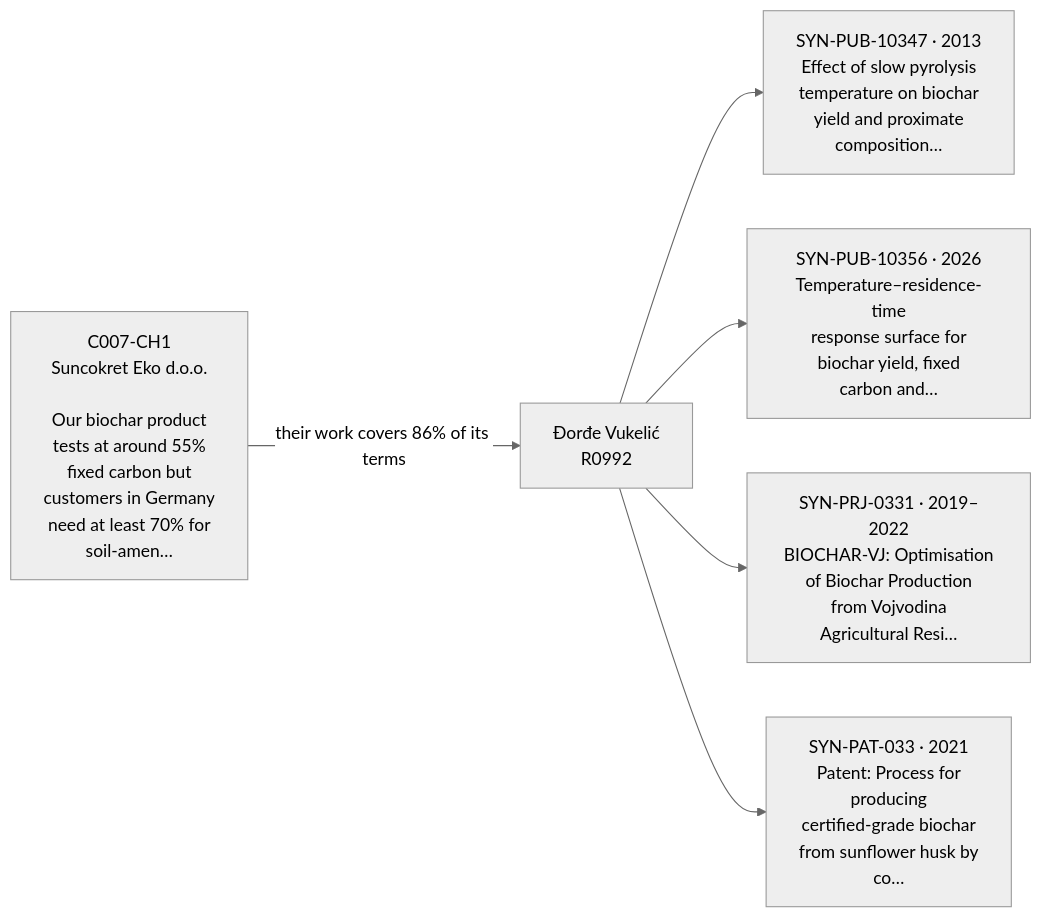
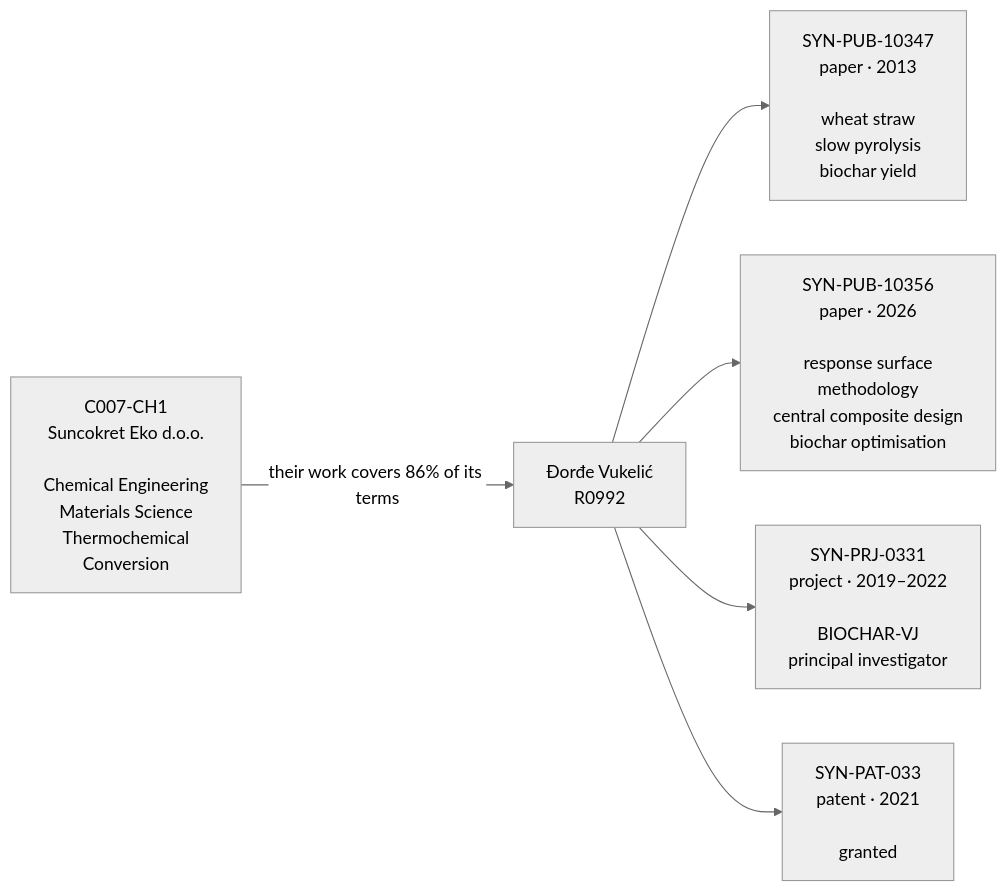
One commit to JannetEkka/spona changed the first of 3 diagrams in runs/2026-10-31-full/proposals/01-C007-R0992.md. Above: the diagram before and after it, drawn with Mermaid (neutral theme). The commit also changed other lines of this file and 9 other files, not shown here.

First line of the commit message:
Proposal diagrams: complete labels instead of cut-off titles

````diff
--- a/runs/2026-10-31-full/proposals/01-C007-R0992.md
+++ b/runs/2026-10-31-full/proposals/01-C007-R0992.md
@@ -10,14 +10,14 @@
 ```mermaid
 flowchart LR
-    need["C007-CH1<br/>Suncokret Eko d.o.o.<br/><br/>Our biochar product<br/>tests at around 55%<br/>fixed carbon but<br/>customers in Germany<br/>need at least 70% for<br/>soil-amen…"]
+    need["C007-CH1<br/>Suncokret Eko d.o.o.<br/><br/>Chemical Engineering<br/>Materials Science<br/>Thermochemical<br/>Conversion"]
     who["Đorđe Vukelić<br/>R0992"]
-    e1["SYN-PUB-10347 · 2013<br/>Effect of slow pyrolysis<br/>temperature on biochar<br/>yield and proximate<br/>composition…"]
-    e2["SYN-PUB-10356 · 2026<br/>Temperature–residence-time<br/>response surface for<br/>biochar yield, fixed<br/>carbon and…"]
-    e3["SYN-PRJ-0331 · 2019–2022<br/>BIOCHAR-VJ: Optimisation<br/>of Biochar Production<br/>from Vojvodina<br/>Agricultural Resi…"]
-    e4["SYN-PAT-033 · 2021<br/>Patent: Process for<br/>producing<br/>certified-grade biochar<br/>from sunflower husk by<br/>co…"]
+    e1["SYN-PUB-10347<br/>paper · 2013<br/><br/>wheat straw<br/>slow pyrolysis<br/>biochar yield"]
+    e2["SYN-PUB-10356<br/>paper · 2026<br/><br/>response surface<br/>methodology<br/>central composite design<br/>biochar optimisation"]
+    e3["SYN-PRJ-0331<br/>project · 2019–2022<br/><br/>BIOCHAR-VJ<br/>principal investigator"]
+    e4["SYN-PAT-033<br/>patent · 2021<br/><br/>granted"]
     need -->|"their work covers 86% of its terms"| who
     who --> e1
     who --> e2
     who --> e3
     who --> e4
 ```
````
